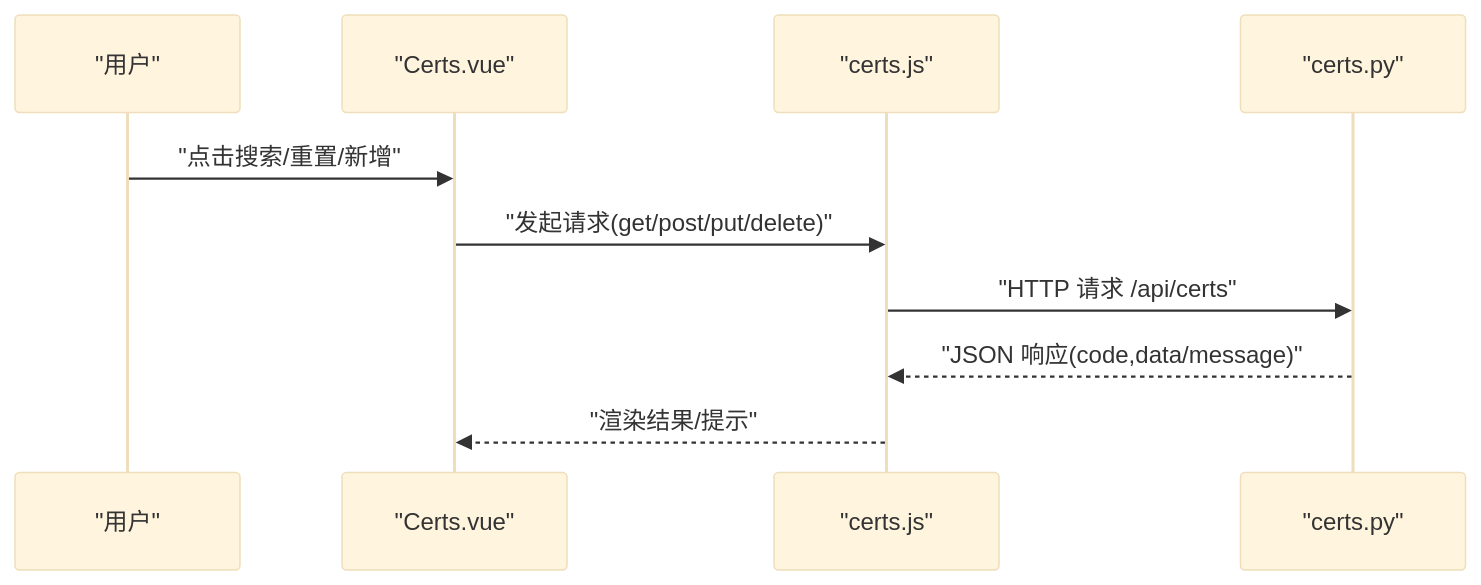
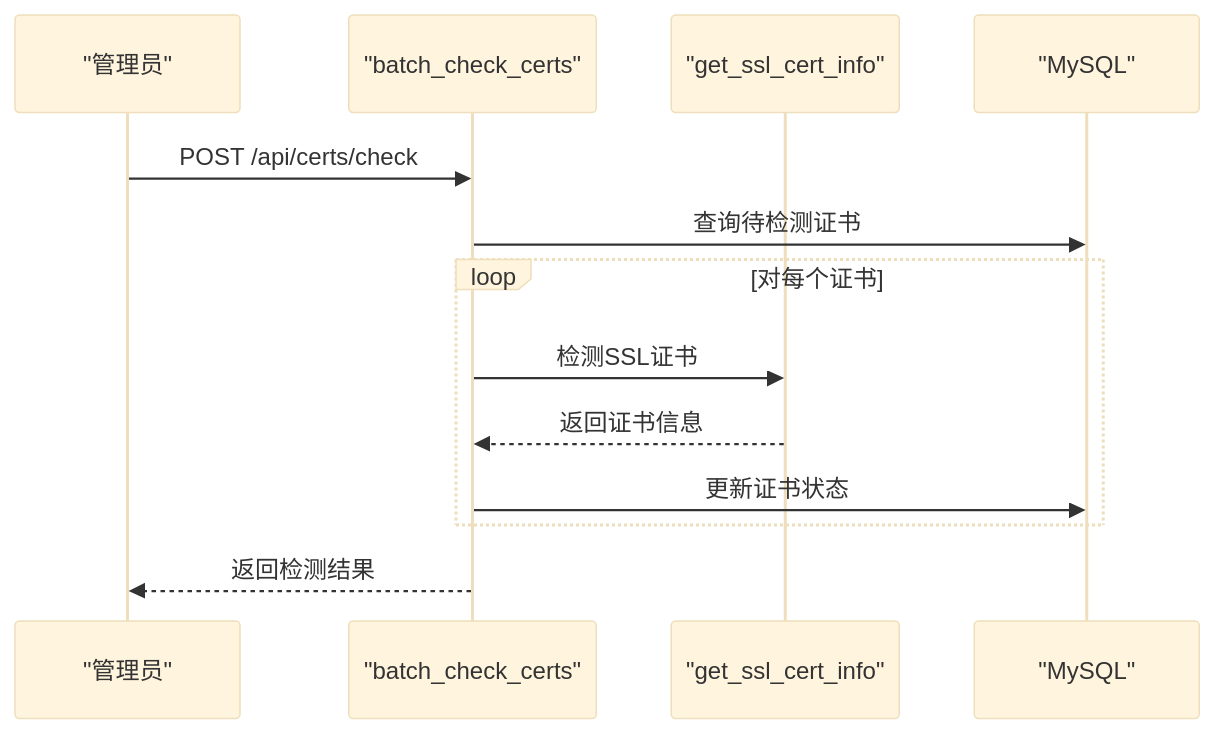
Before and after one commit to ismine3/OPS: the fourth of 12 diagrams in .qoder/repowiki/zh/content/核心功能模块/证书管理模块.md, drawn with Mermaid (base theme). The commit also changed other lines of this file and 8 other files, not shown here.

````diff
--- a/.qoder/repowiki/zh/content/核心功能模块/证书管理模块.md
+++ b/.qoder/repowiki/zh/content/核心功能模块/证书管理模块.md
@@ -177,12 +213,15 @@
 ```mermaid
 sequenceDiagram
-participant U as "用户"
-participant V as "Certs.vue"
-participant A as "certs.js"
-participant C as "certs.py"
-U->>V : "点击搜索/重置/新增"
-V->>A : "发起请求(get/post/put/delete)"
-A->>C : "HTTP 请求 /api/certs"
-C-->>A : "JSON 响应(code,data/message)"
-A-->>V : "渲染结果/提示"
+participant Admin as "管理员"
+participant API as "batch_check_certs"
+participant SSL as "get_ssl_cert_info"
+participant DB as "MySQL"
+Admin->>API : POST /api/certs/check
+API->>DB : 查询待检测证书
+loop 对每个证书
+API->>SSL : 检测SSL证书
+SSL-->>API : 返回证书信息
+API->>DB : 更新证书状态
+end
+API-->>Admin : 返回检测结果
 ```
````
